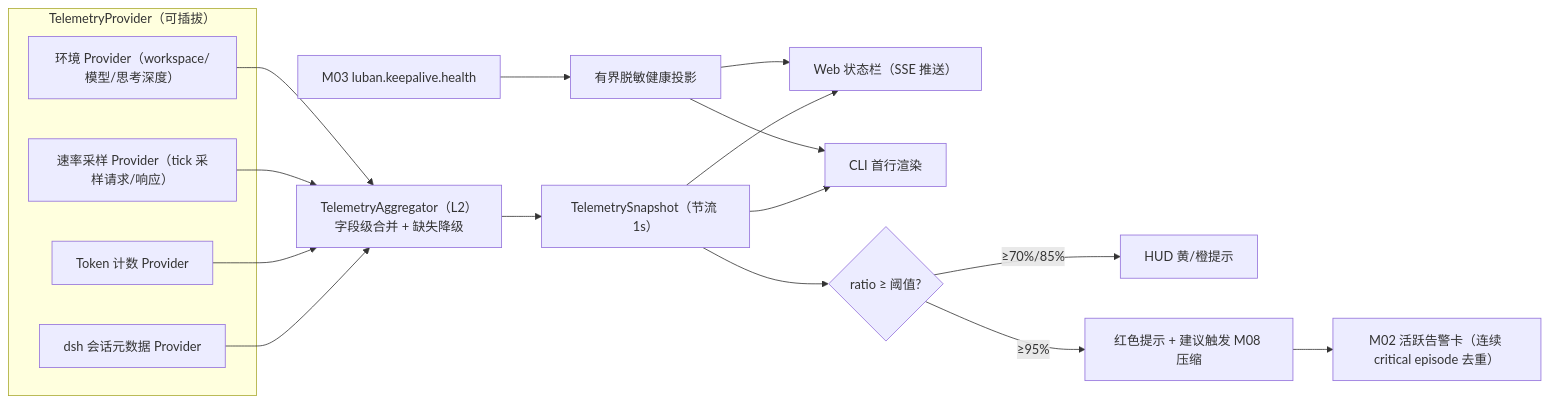
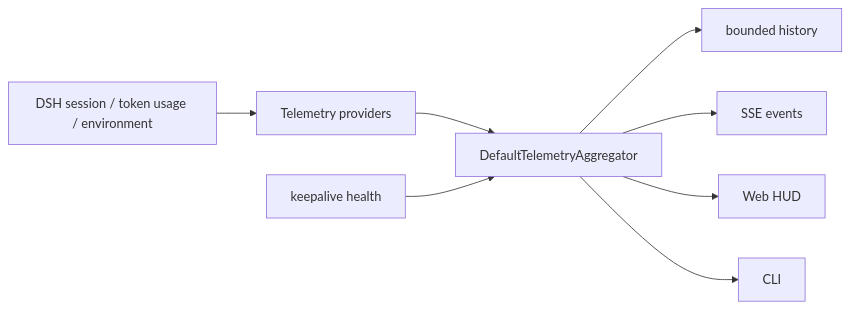
The diagram in design/03-modules/M07-hud.md (yin52133/dsh-luban), drawn with Mermaid before and after one commit. The commit also changed other lines of this file and 16 other files, not shown here.

````diff
--- a/design/03-modules/M07-hud.md
+++ b/design/03-modules/M07-hud.md
@@ -43,19 +31,10 @@
 ```mermaid
 flowchart LR
-    subgraph Providers["TelemetryProvider（可插拔）"]
-        P1["dsh 会话元数据 Provider"]
-        P2["Token 计数 Provider"]
-        P3["速率采样 Provider（tick 采样请求/响应）"]
-        P4["环境 Provider（workspace/模型/思考深度）"]
-    end
-    P1 & P2 & P3 & P4 --> AGG["TelemetryAggregator（L2）<br/>字段级合并 + 缺失降级"]
-    AGG --> SNAP["TelemetrySnapshot（节流 1s）"]
-    SNAP --> W["Web 状态栏（SSE 推送）"]
-    SNAP --> C["CLI 首行渲染"]
-    SNAP --> T{"ratio ≥ 阈值?"}
-    T -- "≥70%/85%" --> N1["HUD 黄/橙提示"]
-    T -- "≥95%" --> N2["红色提示 + 建议触发 M08 压缩"]
-    N2 --> TB["M02 活跃告警卡（连续 critical episode 去重）"]
-    K["M03 luban.keepalive.health"] --> KH["有界脱敏健康投影"]
-    KH --> W & C
+    S["DSH session / token usage / environment"] --> P["Telemetry providers"]
+    P --> A["DefaultTelemetryAggregator"]
+    A --> H["bounded history"]
+    A --> E["SSE events"]
+    A --> W["Web HUD"]
+    A --> C["CLI"]
+    K["keepalive health"] --> A
 ```
````
